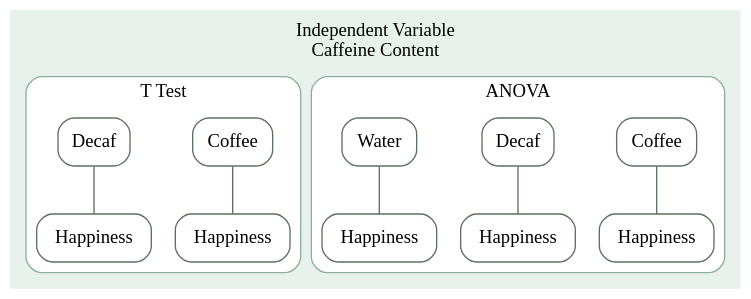
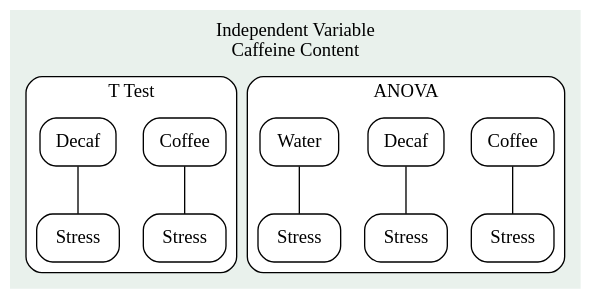
Before and after one commit to DavidBrocker/348SlideDecks: the second of 5 diagrams in lec12/lec12.qmd, drawn with Graphviz. The commit also changed other lines of this file and 2 other files, not shown here.

````diff
--- a/lec12/lec12.qmd
+++ b/lec12/lec12.qmd
@@ -124,43 +58,44 @@
 ```{dot}
 graph {
-  node[shape = box, style = "rounded,filled", fillcolor = "white", color = "#5C715E", fontname = "Fira Sans"]
-  edge[color = "#5C715E"]
+
+  node[shape = box, style = rounded]
   bgcolor="#E9F1EC"
   label="Independent Variable \nCaffeine Content"
   labelloc="t"
 
   subgraph cluster_tt {
     style = rounded
-    color = "#8FAF9E"
     bgcolor="white"
     label="T Test"
 
     Coffee_T [label="Coffee"]
     Decaf_T [label="Decaf"]
-
-    Stress_T[label="Happiness"]
-    Stress_T2[label="Happiness"]
-
+    
+    Stress_T[label="Stress"]
+    Stress_T2[label="Stress"]
+    
     Coffee_T -- Stress_T
     Decaf_T  -- Stress_T2
+    
   }
 
   subgraph cluster_anova {
     style = rounded
-    color = "#8FAF9E"
     label="ANOVA"
     bgcolor="white"
     Coffee_A [label="Coffee"]
     Decaf_A [label="Decaf"]
     Water [label="Water"]
-
-    Stress_A1[label="Happiness"]
-    Stress_A2[label="Happiness"]
-    Stress_A3[label="Happiness"]
-
+    
+    Stress_A1[label="Stress"]
+    Stress_A2[label="Stress"]
+    Stress_A3[label="Stress"]
+    
     Coffee_A -- Stress_A1
     Decaf_A -- Stress_A2
     Water -- Stress_A3
   }
+
 }
+
 ```
````
